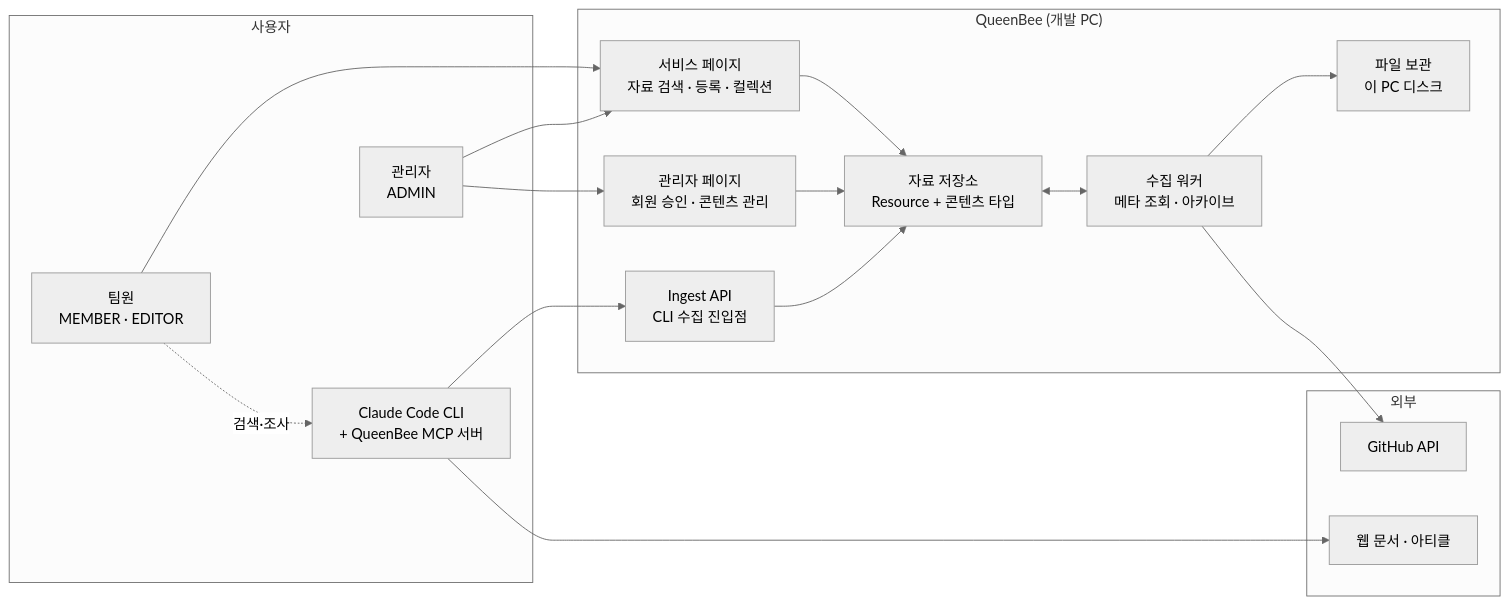
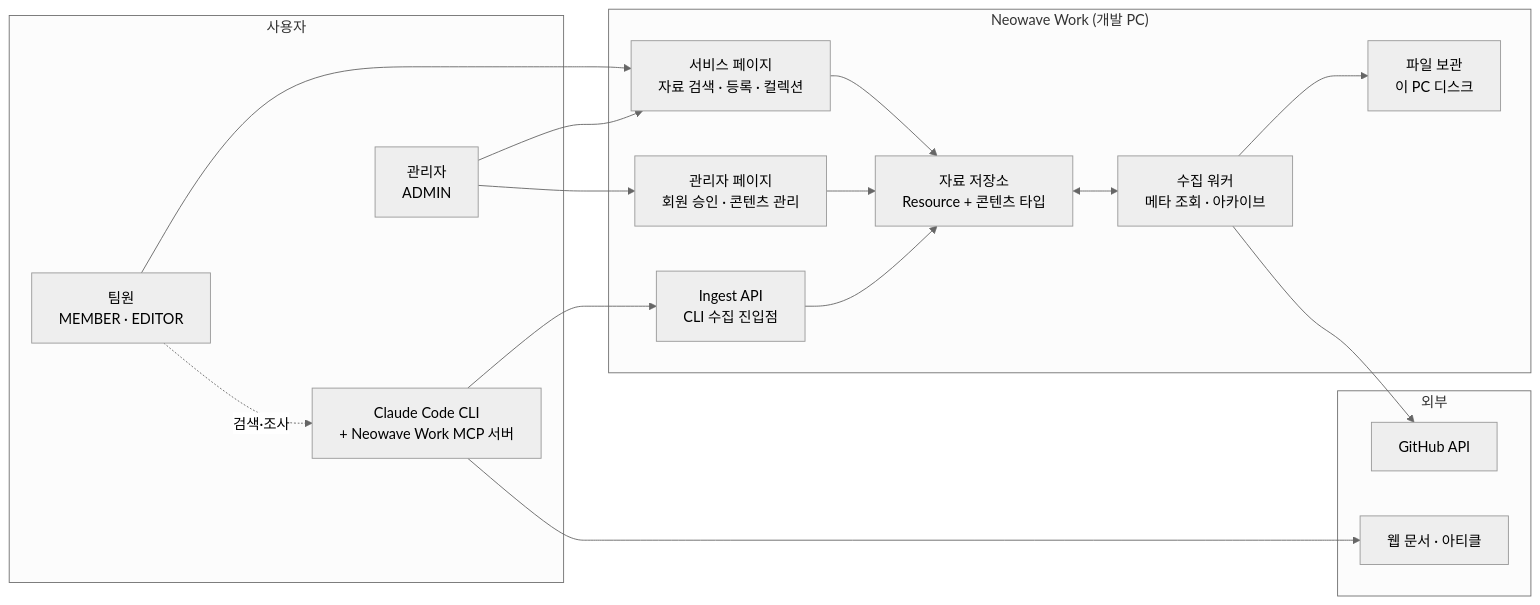
Before and after one commit to anerjin/private_project_myteam: the diagram in _docs/01.요구사항/01_프로젝트_개요.md, drawn with Mermaid (neutral theme). The commit also changed other lines of this file and 86 other files, not shown here.

First line of the commit message:
이름을 Neowave Work 로 바꾼다 (DEC-073)

````diff
--- a/_docs/01.요구사항/01_프로젝트_개요.md
+++ b/_docs/01.요구사항/01_프로젝트_개요.md
@@ -163,35 +163,35 @@
 ```mermaid
 flowchart LR
     subgraph U["사용자"]
         M["팀원<br/>MEMBER · EDITOR"]
         A["관리자<br/>ADMIN"]
-        CC["Claude Code CLI<br/>+ QueenBee MCP 서버"]
+        CC["Claude Code CLI<br/>+ Neowave Work MCP 서버"]
     end
 
-    subgraph S["QueenBee (개발 PC)"]
+    subgraph S["Neowave Work (개발 PC)"]
         SVC["서비스 페이지<br/>자료 검색 · 등록 · 컬렉션"]
         ADM["관리자 페이지<br/>회원 승인 · 콘텐츠 관리"]
         ING["Ingest API<br/>CLI 수집 진입점"]
         CORE["자료 저장소<br/>Resource + 콘텐츠 타입"]
         JOB["수집 워커<br/>메타 조회 · 아카이브"]
         FS["파일 보관<br/>이 PC 디스크"]
     end
 
     subgraph E["외부"]
         GH["GitHub API"]
         WEB["웹 문서 · 아티클"]
     end
 
     M --> SVC
     A --> ADM
     A --> SVC
     M -.검색·조사.-> CC
     CC --> WEB
     CC --> ING
     SVC --> CORE
     ADM --> CORE
     ING --> CORE
     CORE <--> JOB
     JOB --> GH
     JOB --> FS
 ```
````
